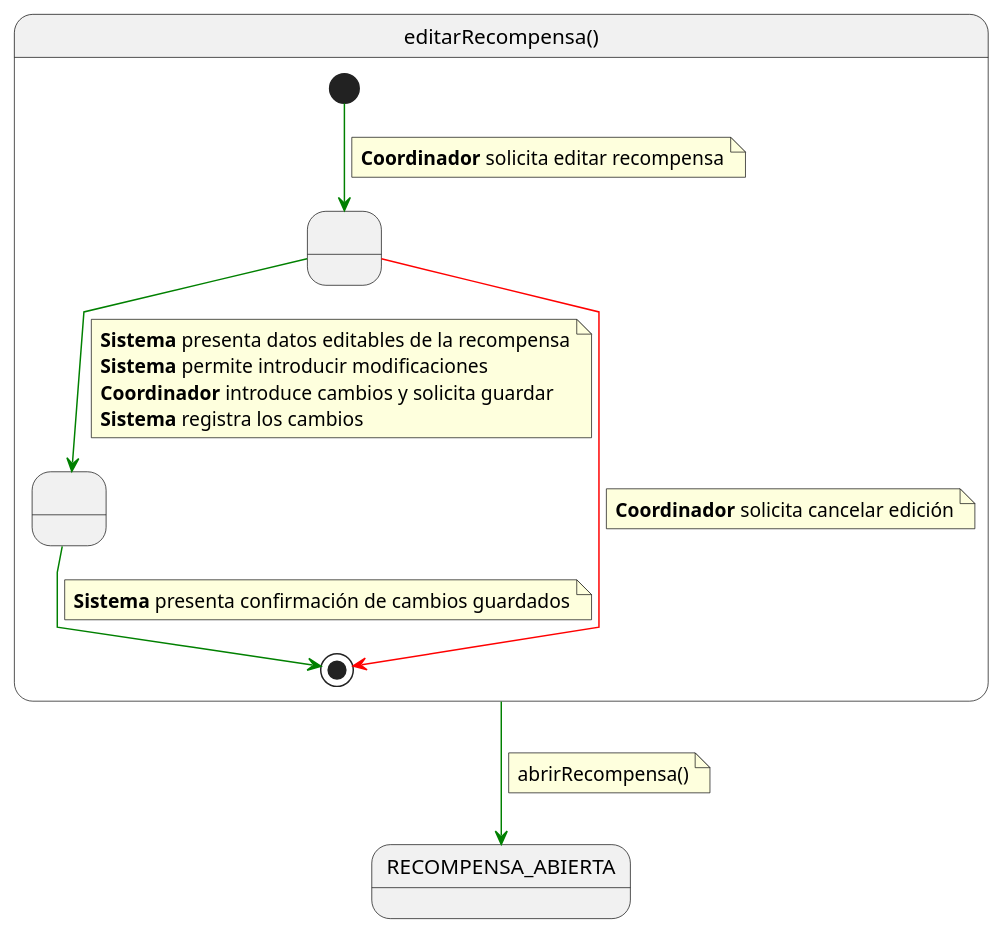
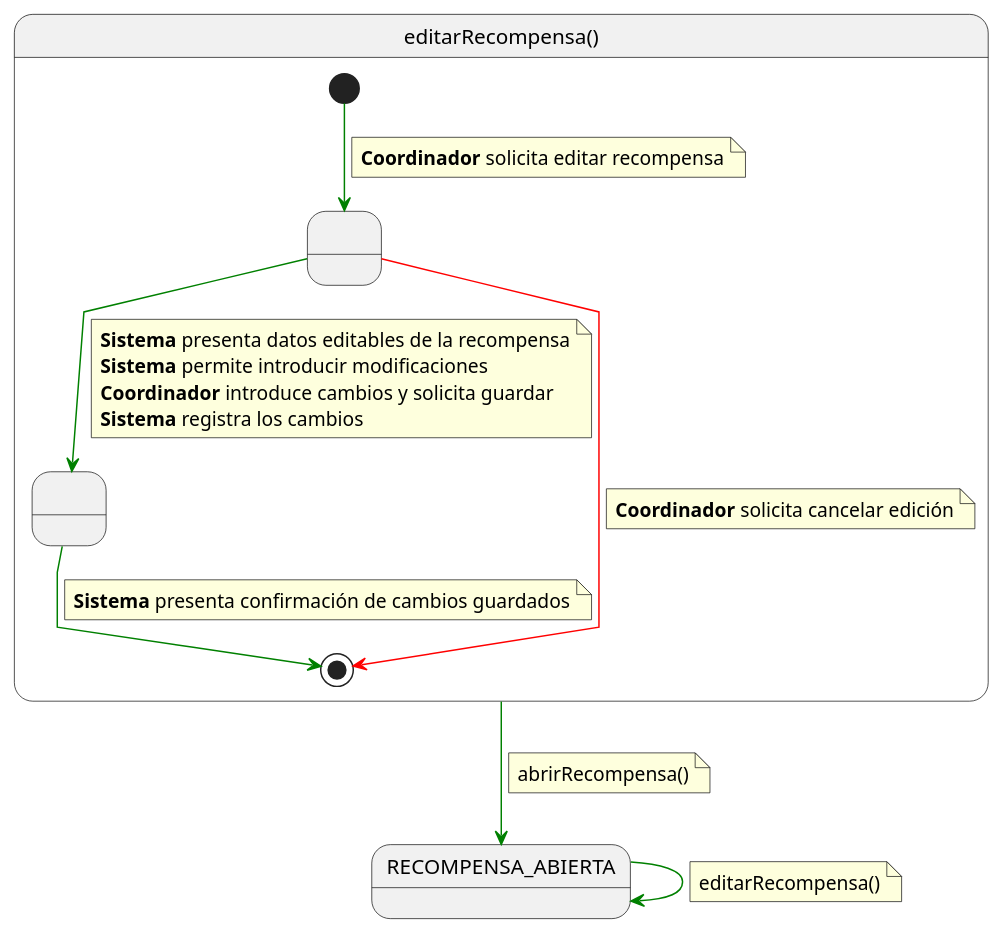
Before and after one commit to 31Diego/25-26-IdSw1-SdR: the diagram in documentación/CasosDeUso/Detalle/Coordinador/09-recompensas/editarRecompensa.puml, drawn with PlantUML. The commit also changed 95 other files, not shown here.

```diff
--- a/documentación/CasosDeUso/Detalle/Coordinador/09-recompensas/editarRecompensa.puml
+++ b/documentación/CasosDeUso/Detalle/Coordinador/09-recompensas/editarRecompensa.puml
@@ -1,39 +1,45 @@
 @startuml editarRecompensa
 
 skinparam linetype polyline
 
 state editarRecompensa as "editarRecompensa()" {
 
     state " " as EditandoDatos
     state " " as CambiosGuardados
 
     [*] -[#green]-> EditandoDatos
     note on link
     <b>Coordinador</b> solicita editar recompensa
     end note
 
     EditandoDatos -[#green]-> CambiosGuardados
     note on link
     <b>Sistema</b> presenta datos editables de la recompensa
     <b>Sistema</b> permite introducir modificaciones
     <b>Coordinador</b> introduce cambios y solicita guardar
     <b>Sistema</b> registra los cambios
     end note
 
     EditandoDatos -[#red]-> [*]
     note on link
     <b>Coordinador</b> solicita cancelar edición
     end note
 
     CambiosGuardados -[#green]-> [*]
     note on link
     <b>Sistema</b> presenta confirmación de cambios guardados
     end note
 }
 
+
+RECOMPENSA_ABIERTA -[#green]-> RECOMPENSA_ABIERTA
+note on link
+editarRecompensa()
+end note
+
 editarRecompensa -[#green]-> RECOMPENSA_ABIERTA
 note on link
 abrirRecompensa()
 end note
 
 @enduml
```
